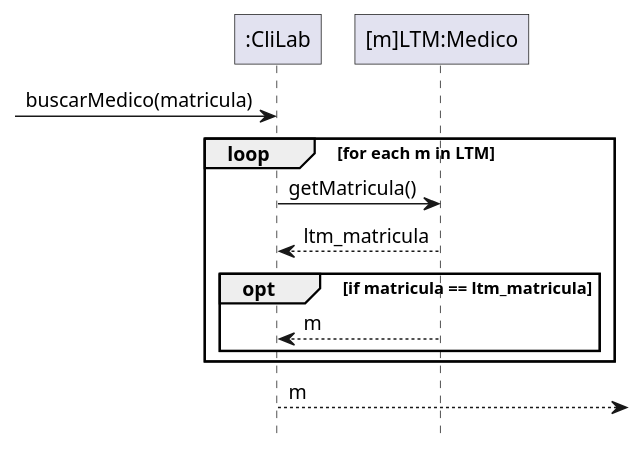
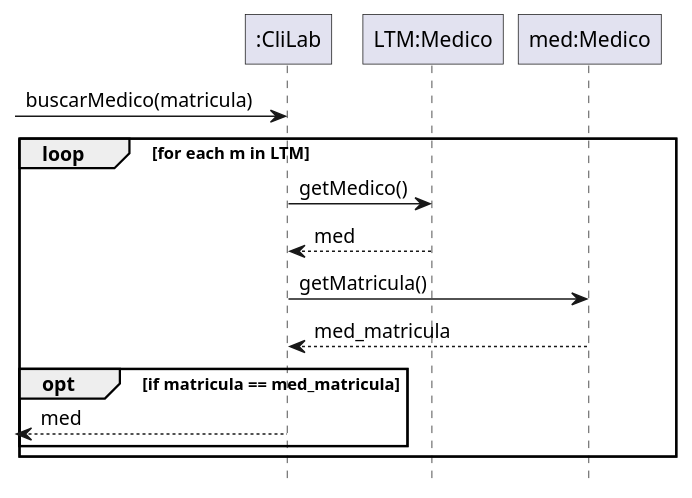
Before and after one commit to Z0SO/UML-Practice: the fourth of 4 diagrams in 1-Repaso recuperatorio/Repaso Recuperatorio.md, drawn with PlantUML. The commit also changed 1 other file, not shown here.

Commit message:
bkp -> 2024-08-12 00:00:51

````diff
--- a/1-Repaso recuperatorio/Repaso Recuperatorio.md
+++ b/1-Repaso recuperatorio/Repaso Recuperatorio.md
@@ -372,43 +372,47 @@
 ```plantuml
 @startuml
 
 hide footbox
 
 skinparam participant {
   RoundCorner 0
 }
 
 
 participant ":CliLab" as sistema
-participant "[m]LTM:Medico" as ltm
+participant "LTM:Medico" as ltm
 
+participant "med:Medico" as medico
 
 
 
 ' Parte del diagrama
+' ESTO ES LA BUSQUEDA DE MANERA ELEMENTAL
+
+
+
 
 sistema <-[ : buscarMedico(matricula)
 
 loop for each m in LTM
 
-sistema -> ltm: getMatricula()
-ltm --> sistema: ltm_matricula
+    sistema -> ltm: getMedico()
+    ltm --> sistema: med
 
+    sistema -> medico: getMatricula()
+    medico --> sistema: med_matricula
 
-    ' alt if matricula == ltm_matricula
-    '    ltm --> sistema : m 
-    
-    ' else
-    '     ltm --> sistema : void
-    ' end
+    opt if matricula == med_matricula
+       'version de lautaro que lo censuraron
+        ' break
+        '     sistema -->[ : med 
+        ' end
 
-    opt if matricula == ltm_matricula
-        ltm --> sistema : m
+        ' version de mujeres opresoras
+        sistema -->[ : med
     end
-
 end
 
-]<-- sistema : m
 
 @enduml
 ```
````
